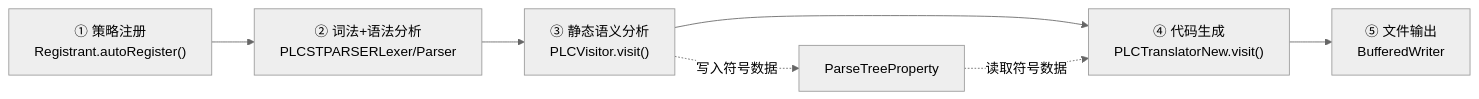
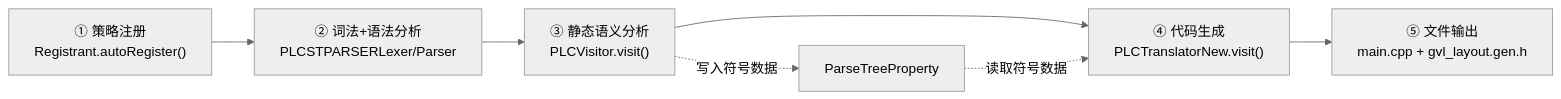
Before and after one commit to angleyanalbedo/ST2CPP: the second of 3 diagrams in docs/compiler-to-runtime.md, drawn with Mermaid (neutral theme). The commit also changed other lines of this file, not shown here.

````diff
--- a/docs/compiler-to-runtime.md
+++ b/docs/compiler-to-runtime.md
@@ -26,10 +26,10 @@
 ```mermaid
 flowchart LR
     A["① 策略注册<br/>Registrant.autoRegister()"] --> B["② 词法+语法分析<br/>PLCSTPARSERLexer/Parser"]
     B --> C["③ 静态语义分析<br/>PLCVisitor.visit()"]
     C --> D["④ 代码生成<br/>PLCTranslatorNew.visit()"]
-    D --> E["⑤ 文件输出<br/>BufferedWriter"]
+    D --> E["⑤ 文件输出<br/>main.cpp + gvl_layout.gen.h"]
 
     C -.-> |"写入符号数据"| PTP["ParseTreeProperty"]
     PTP -.-> |"读取符号数据"| D
 ```
````
